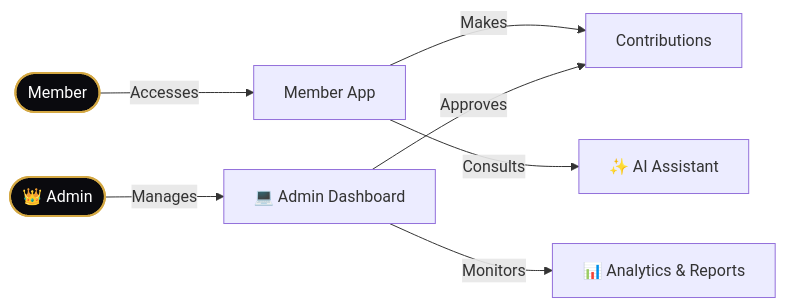
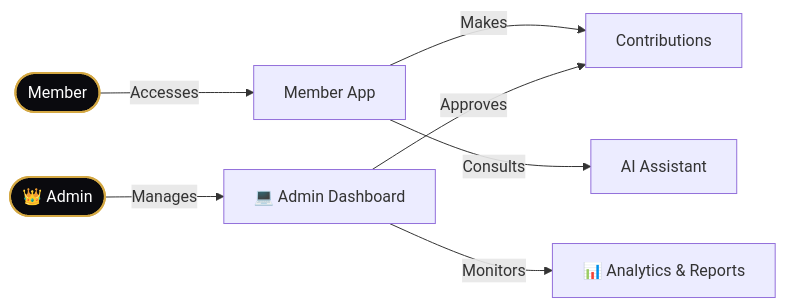
One commit to iiradukunda-dev/shinecon changed the diagram in README.md. Above: the diagram before and after it, drawn with Mermaid.

````diff
--- a/README.md
+++ b/README.md
@@ -53,16 +53,16 @@
 ```mermaid
 flowchart LR
     %% User Journey
     Member([ Member]) -->|Accesses| App[ Member App]
     App -->|Makes| Contrib[ Contributions]
-    App -->|Consults| AI[✨ AI Assistant]
+    App -->|Consults| AI[ AI Assistant]
     
     %% Admin Journey
     Admin([👑 Admin]) -->|Manages| Dash[💻 Admin Dashboard]
     Dash -->|Approves| Contrib
     Dash -->|Monitors| Analytics[📊 Analytics & Reports]
     
     %% Styling
     style Member fill:#0a0a0e,stroke:#d4a843,stroke-width:2px,color:#fff
     style Admin fill:#0a0a0e,stroke:#d4a843,stroke-width:2px,color:#fff
 ```
````
